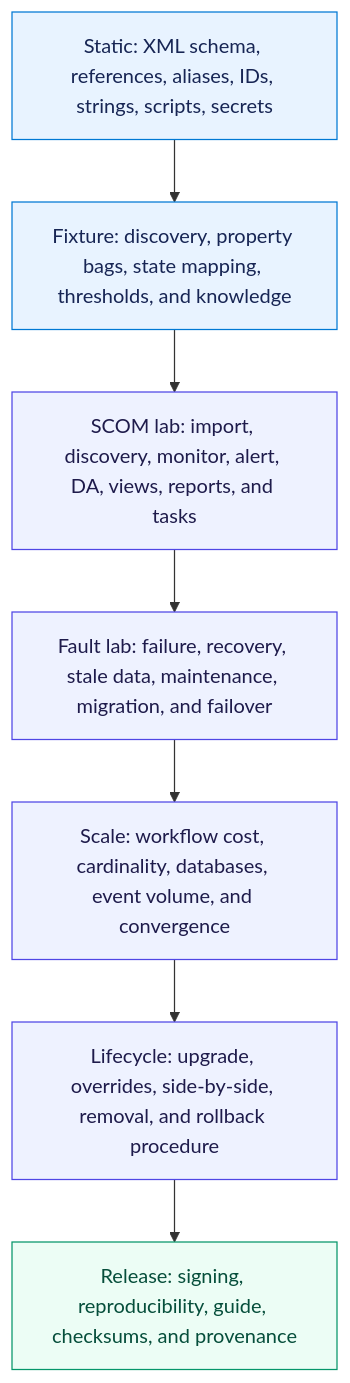
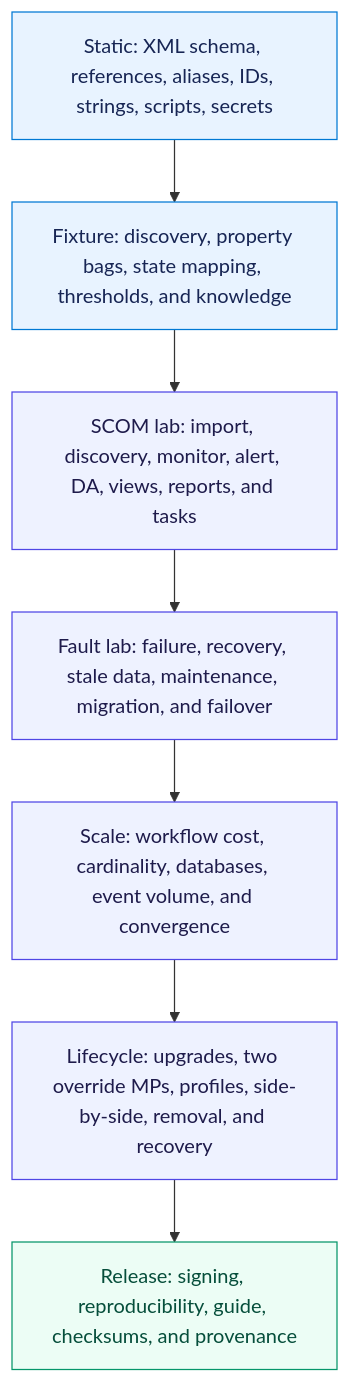
The first of 5 diagrams in docs/design/hyper-v/validation-and-release.md (AzureLocal/azurelocal-scom-mp), drawn with Mermaid before and after one commit. The commit also changed other lines of this file and 43 other files, not shown here.

````diff
--- a/docs/design/hyper-v/validation-and-release.md
+++ b/docs/design/hyper-v/validation-and-release.md
@@ -14,19 +14,19 @@
 ```mermaid
 flowchart TB
     STATIC[Static: XML schema, references, aliases, IDs, strings, scripts, secrets]
     UNIT[Fixture: discovery, property bags, state mapping, thresholds, and knowledge]
     INTEGRATION[SCOM lab: import, discovery, monitor, alert, DA, views, reports, and tasks]
     FAULT[Fault lab: failure, recovery, stale data, maintenance, migration, and failover]
     SCALE[Scale: workflow cost, cardinality, databases, event volume, and convergence]
-    LIFE[Lifecycle: upgrade, overrides, side-by-side, removal, and rollback procedure]
+    LIFE[Lifecycle: upgrades, two override MPs, profiles, side-by-side, removal, and recovery]
     RELEASE[Release: signing, reproducibility, guide, checksums, and provenance]
 
     STATIC --> UNIT --> INTEGRATION --> FAULT --> SCALE --> LIFE --> RELEASE
 
     classDef early fill:#e8f3ff,stroke:#0078d4,color:#172554
     classDef lab fill:#eef2ff,stroke:#4f46e5,color:#1e1b4b
     classDef gate fill:#ecfdf5,stroke:#059669,color:#064e3b
     class STATIC,UNIT early
     class INTEGRATION,FAULT,SCALE,LIFE lab
     class RELEASE gate
 ```
````
